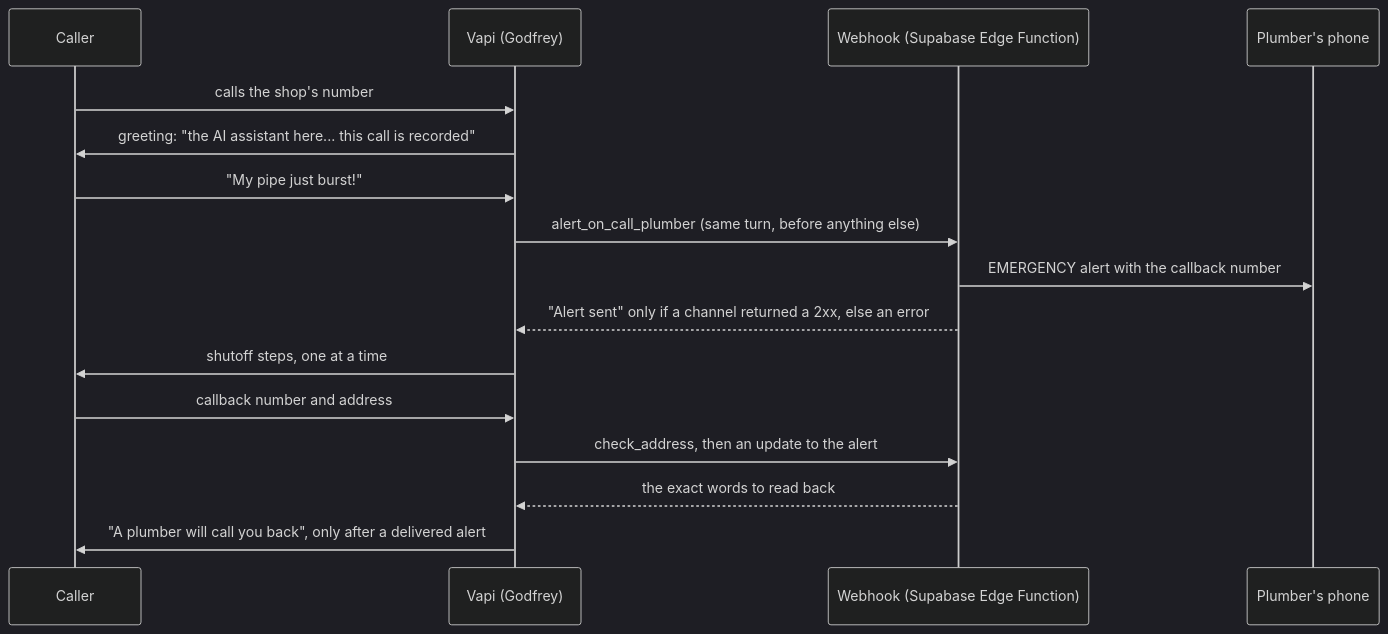
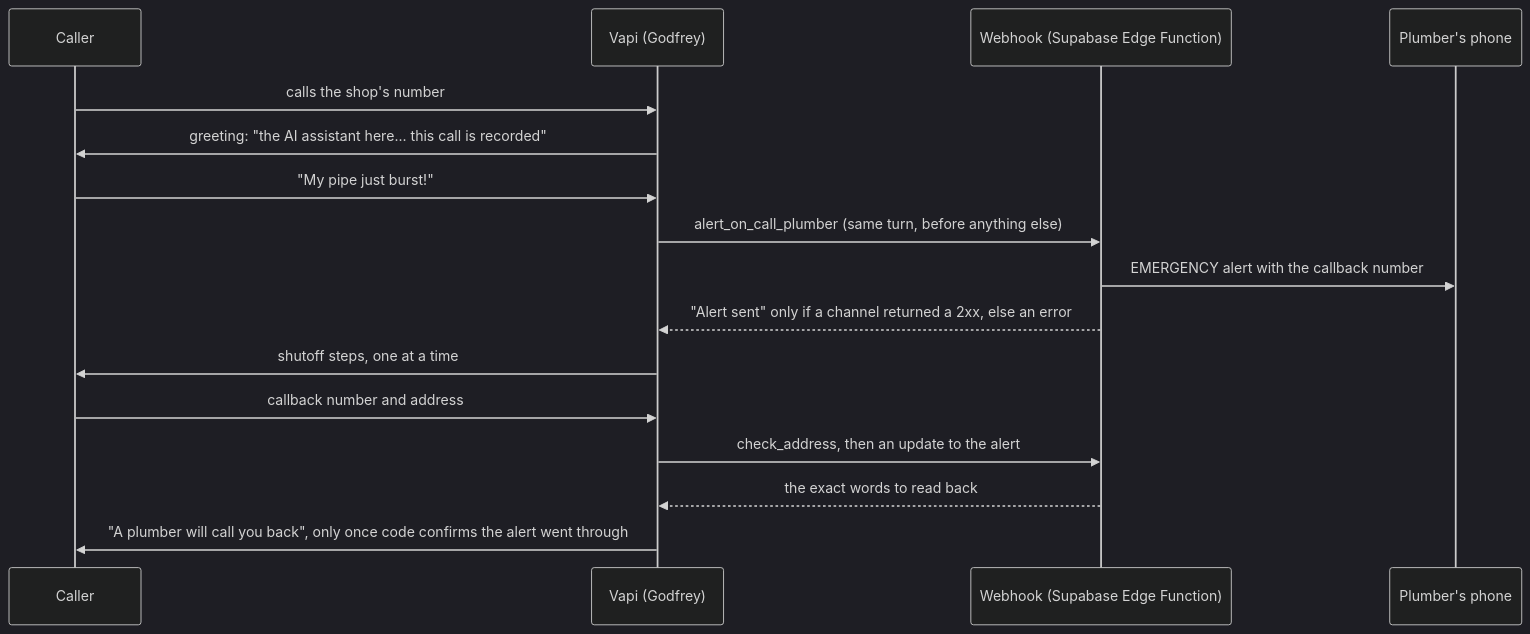
The diagram in README.md (lucasmasen/leek), drawn with Mermaid (dark theme) before and after one commit. The commit also changed other lines of this file, not shown here.

Commit message:
README: claims match the applications (83-88%, no 92% or 6 of 6, callback wording, demo calendar only)

````diff
--- a/README.md
+++ b/README.md
@@ -19,18 +19,18 @@
 ```mermaid
 sequenceDiagram
     participant C as Caller
     participant V as Vapi (Godfrey)
     participant W as Webhook (Supabase Edge Function)
     participant P as Plumber's phone
     C->>V: calls the shop's number
     V->>C: greeting: "the AI assistant here... this call is recorded"
     C->>V: "My pipe just burst!"
     V->>W: alert_on_call_plumber (same turn, before anything else)
     W->>P: EMERGENCY alert with the callback number
     W-->>V: "Alert sent" only if a channel returned a 2xx, else an error
     V->>C: shutoff steps, one at a time
     C->>V: callback number and address
     V->>W: check_address, then an update to the alert
     W-->>V: the exact words to read back
-    V->>C: "A plumber will call you back", only after a delivered alert
+    V->>C: "A plumber will call you back", only once code confirms the alert went through
 ```
````
